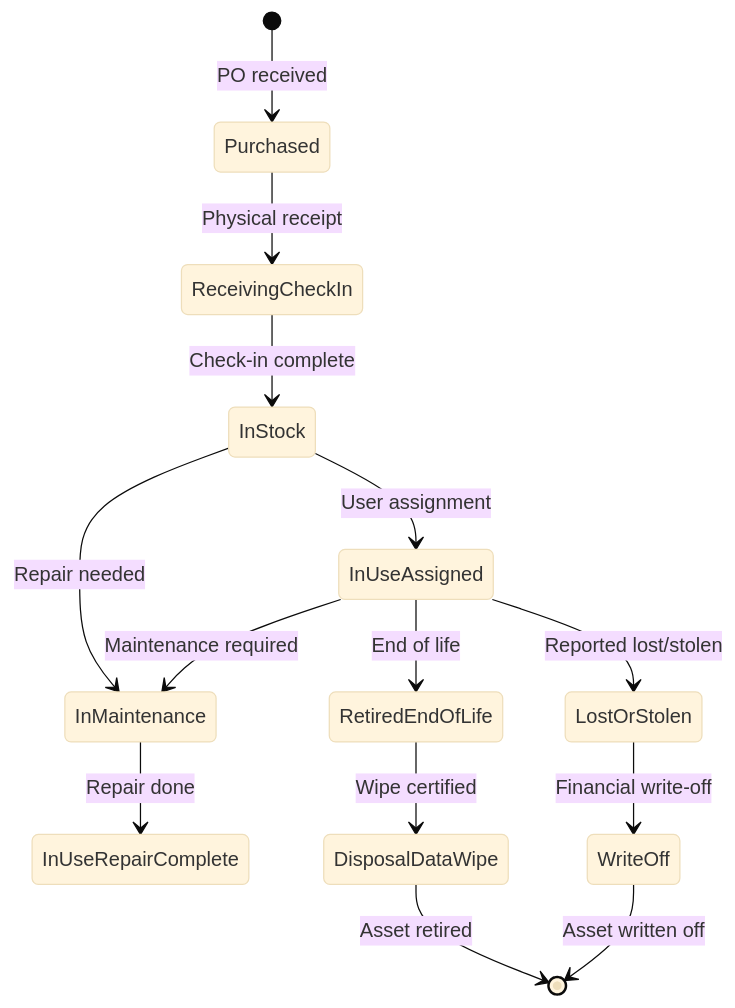
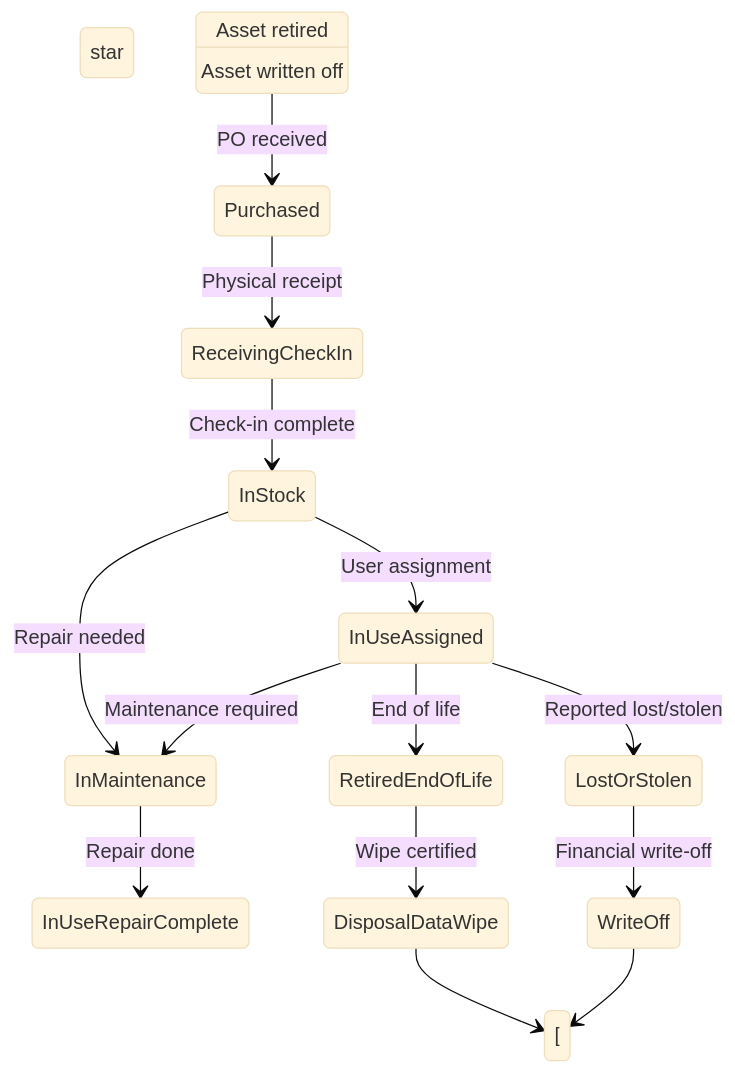
The eighth of 9 diagrams in docs/modules/ham/ham-guide.md (eltonaguiar/ServiceNow_Learning_TSOM-_CSM_FSM_SalesCRM_HAM_ITSM), drawn with Mermaid (base theme) before and after one commit. The commit also changed other lines of this file and 19 other files, not shown here.

Commit message:
Fix all Mermaid diagram special characters - replace dollar, parens, slashes, quotes, pipes, nested brackets and other unsafe chars inside brackets with safe alternatives across 19 files

````diff
--- a/docs/modules/ham/ham-guide.md
+++ b/docs/modules/ham/ham-guide.md
@@ -628,25 +628,25 @@
 ```mermaid
 stateDiagram-v2
-    [*] --> Purchased: PO received
+    [ star ] --> Purchased: PO received
     
     Purchased --> ReceivingCheckIn: Physical receipt
     ReceivingCheckIn --> InStock: Check-in complete
     
     InStock --> InUseAssigned: User assignment
     InStock --> InMaintenance: Repair needed
     
     InUseAssigned --> InMaintenance: Maintenance required
     InMaintenance --> InUseRepairComplete: Repair done
     
     InUseAssigned --> RetiredEndOfLife: End of life
     InUseAssigned --> LostOrStolen: Reported lost/stolen
     
     RetiredEndOfLife --> DisposalDataWipe: Wipe certified
     LostOrStolen --> WriteOff: Financial write-off
     
-    DisposalDataWipe --> [*]: Asset retired
-    WriteOff --> [*]: Asset written off
+    DisposalDataWipe --> [ star ]: Asset retired
+    WriteOff --> [ star ]: Asset written off
     
     
     
 ```
````
